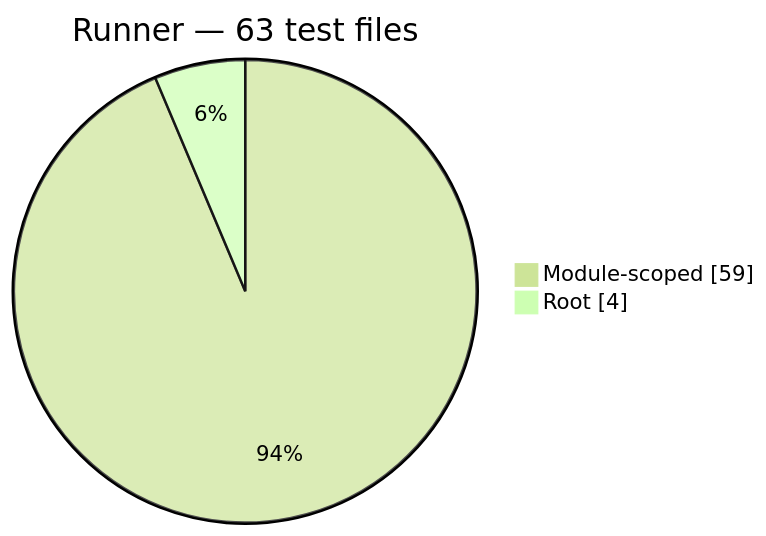
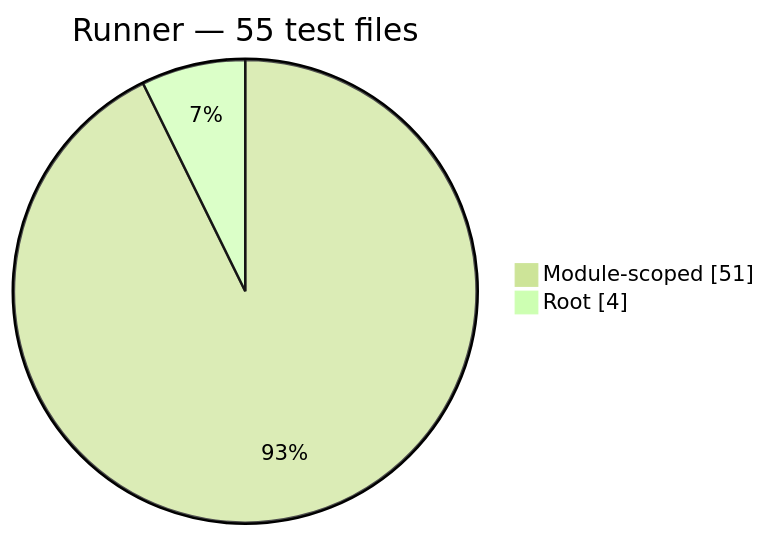
Before and after one commit to Mohammed-Alama/php-arazzo: the sixth of 9 diagrams in docs/generated/test-composition.md, drawn with Mermaid (forest theme). The commit also changed other lines of this file and 34 other files, not shown here.

````diff
--- a/docs/generated/test-composition.md
+++ b/docs/generated/test-composition.md
@@ -84,6 +84,6 @@
 ```mermaid
 pie showData
-    title Runner — 63 test files
-    "Module-scoped": 59
+    title Runner — 55 test files
+    "Module-scoped": 51
     "Root": 4
 ```
````
